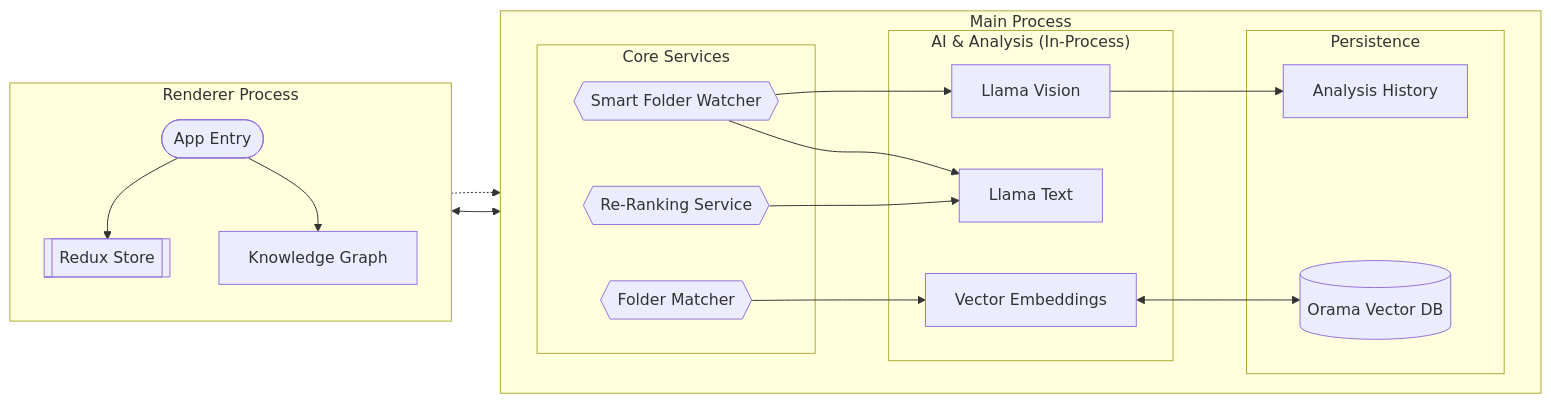
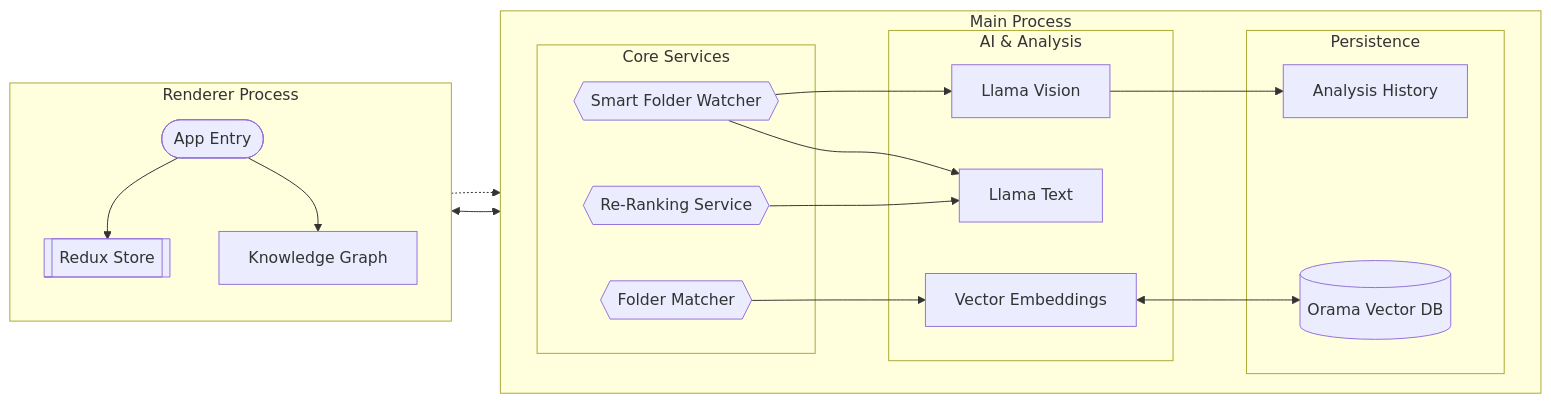
One commit to iLevyTate/elstratosort changed the diagram in docs/ARCHITECTURE.md. Above: the diagram before and after it, drawn with Mermaid. The commit also changed other lines of this file and 3 other files, not shown here.

Commit message:
docs: update env samples and architecture notes

````diff
--- a/docs/ARCHITECTURE.md
+++ b/docs/ARCHITECTURE.md
@@ -16,49 +16,49 @@
 ```mermaid
 graph LR
   classDef frontend fill:#e3f2fd,stroke:#1565c0,stroke-width:2px,color:#0d47a1
   classDef backend fill:#f1f8e9,stroke:#33691e,stroke-width:2px,color:#33691e
   classDef core fill:#eceff1,stroke:#455a64,stroke-width:2px,color:#455a64
   classDef ai fill:#f3e5f5,stroke:#7b1fa2,stroke-width:2px,color:#4a148c
 
   subgraph UI_Layer["Renderer Process"]
     direction TB
     AppEntry([App Entry])
     GraphView["Knowledge Graph"]
     ReduxStore[[Redux Store]]
 
     AppEntry --> ReduxStore
     AppEntry --> GraphView
   end
 
   subgraph Main_Process["Main Process"]
     direction LR
 
     subgraph Services["Core Services"]
       Watcher{{Smart Folder Watcher}}
       ReRanker{{Re-Ranking Service}}
       Matcher{{Folder Matcher}}
     end
 
-    subgraph Intelligence["AI & Analysis (In-Process)"]
+    subgraph Intelligence["AI & Analysis"]
       Vision["Llama Vision"]
       LLM["Llama Text"]
       Embeddings["Vector Embeddings"]
 
       Watcher --> Vision
       Watcher --> LLM
       ReRanker --> LLM
     end
 
     subgraph Data["Persistence"]
       Orama[(Orama Vector DB)]
       History["Analysis History"]
 
       Embeddings <--> Orama
       Vision --> History
     end
   end
 
   ReduxStore <--> Services
   GraphView -.-> Orama
   Matcher --> Embeddings
 ```
````
